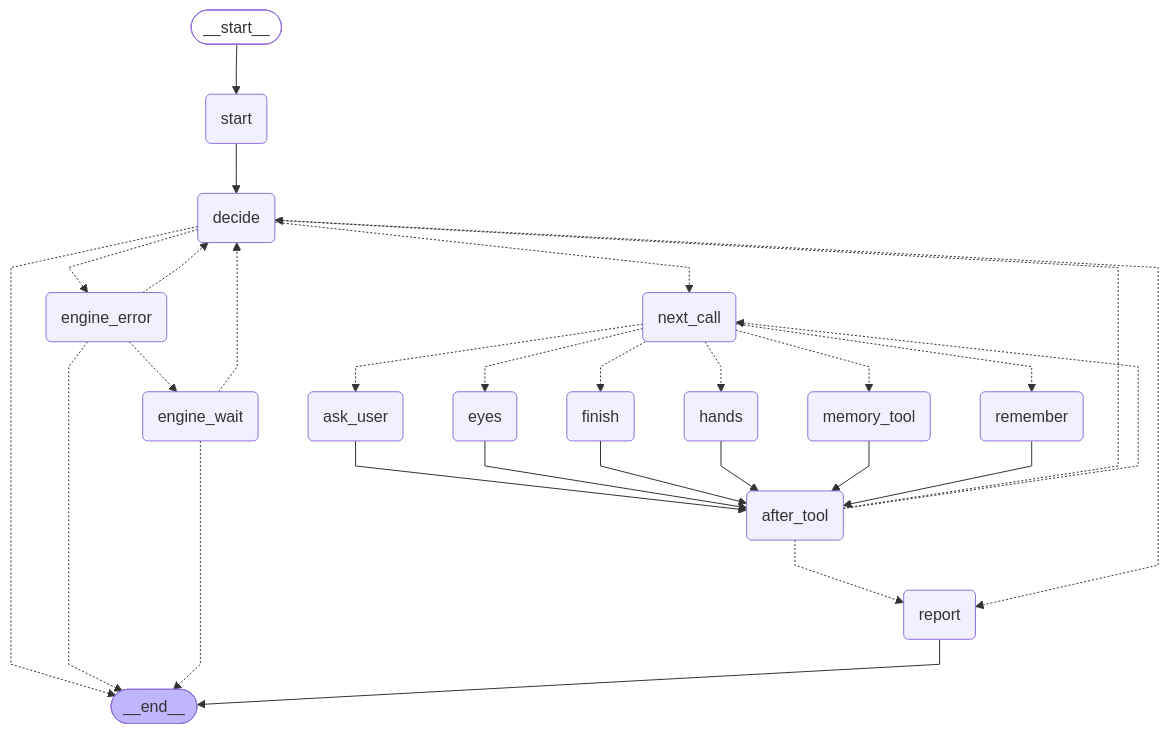
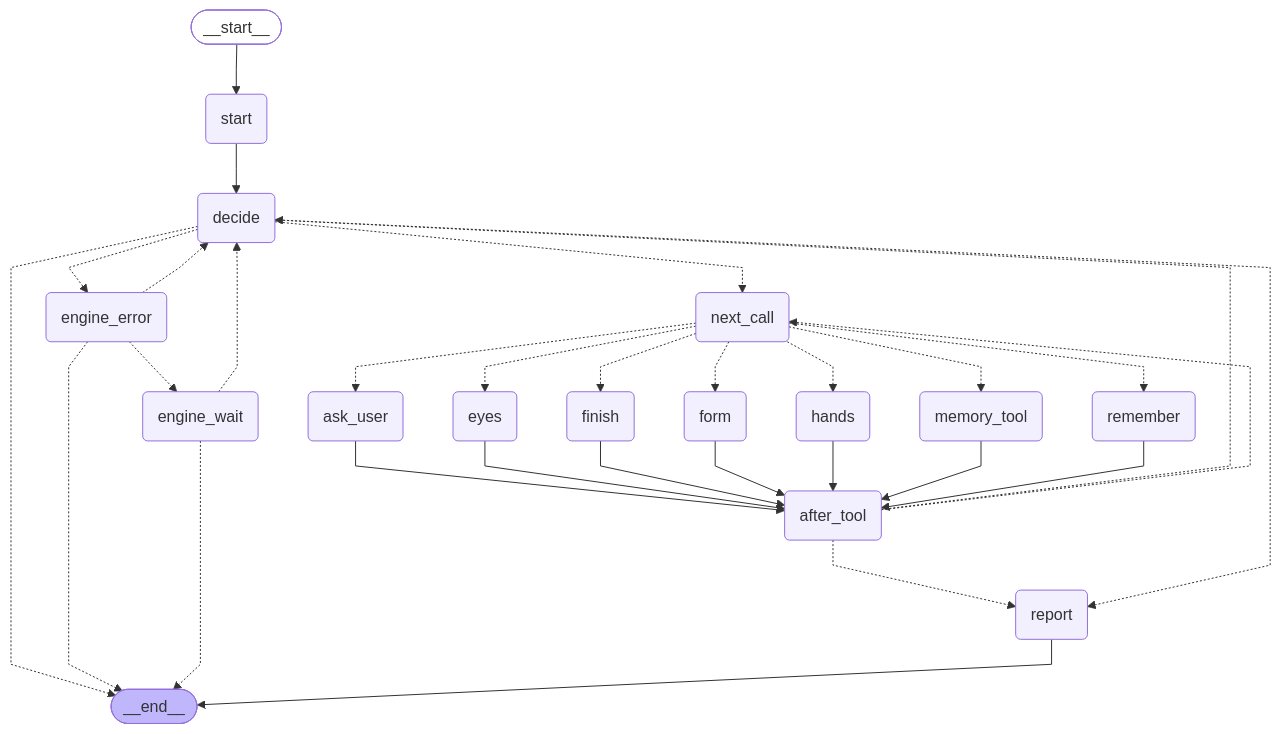
One commit to OFA-Labs/one-for-all-api changed the second of 6 diagrams in docs/ofa/GRAPHS.md. Above: the diagram before and after it, drawn with Mermaid. The commit also changed other lines of this file and 5 other files, not shown here.

````diff
--- a/docs/ofa/GRAPHS.md
+++ b/docs/ofa/GRAPHS.md
@@ -47,53 +56,56 @@
 ```mermaid
 ---
 config:
   flowchart:
     curve: linear
 ---
 graph TD;
 	__start__([<p>__start__</p>]):::first
 	start(start)
 	decide(decide)
 	engine_error(engine_error)
 	engine_wait(engine_wait)
 	next_call(next_call)
 	finish(finish)
 	ask_user(ask_user)
 	remember(remember)
 	memory_tool(memory_tool)
 	after_tool(after_tool)
 	hands(hands)
 	eyes(eyes)
+	form(form)
 	report(report)
 	__end__([<p>__end__</p>]):::last
 	__start__ --> start;
 	after_tool -.-> decide;
 	after_tool -.-> next_call;
 	after_tool -.-> report;
 	ask_user --> after_tool;
 	decide -.-> __end__;
 	decide -.-> engine_error;
 	decide -.-> next_call;
 	decide -.-> report;
 	engine_error -.-> __end__;
 	engine_error -.-> decide;
 	engine_error -.-> engine_wait;
 	engine_wait -.-> __end__;
 	engine_wait -.-> decide;
 	eyes --> after_tool;
 	finish --> after_tool;
+	form --> after_tool;
 	hands --> after_tool;
 	memory_tool --> after_tool;
 	next_call -.-> ask_user;
 	next_call -.-> eyes;
 	next_call -.-> finish;
+	next_call -.-> form;
 	next_call -.-> hands;
 	next_call -.-> memory_tool;
 	next_call -.-> remember;
 	remember --> after_tool;
 	start --> decide;
 	report --> __end__;
 	classDef default fill:#f2f0ff,line-height:1.2
 	classDef first fill-opacity:0
 	classDef last fill:#bfb6fc
 ```
````
